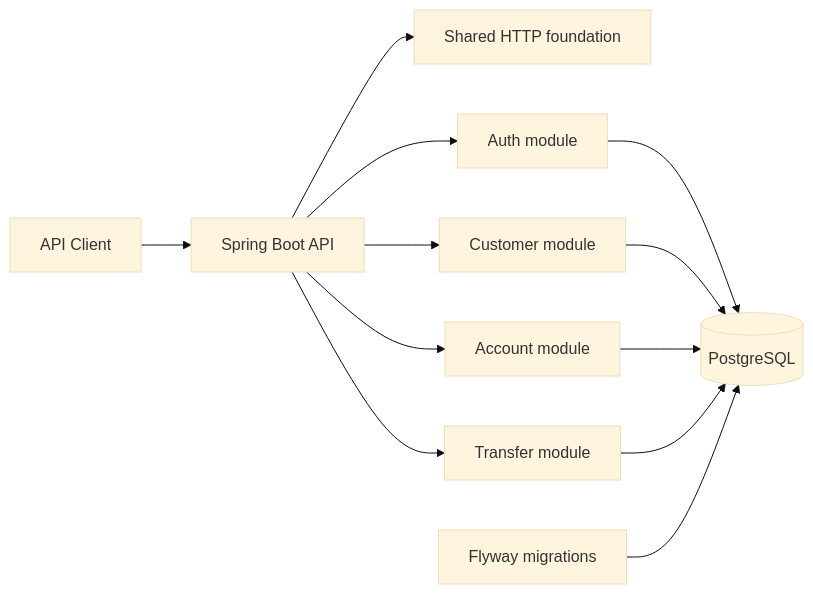
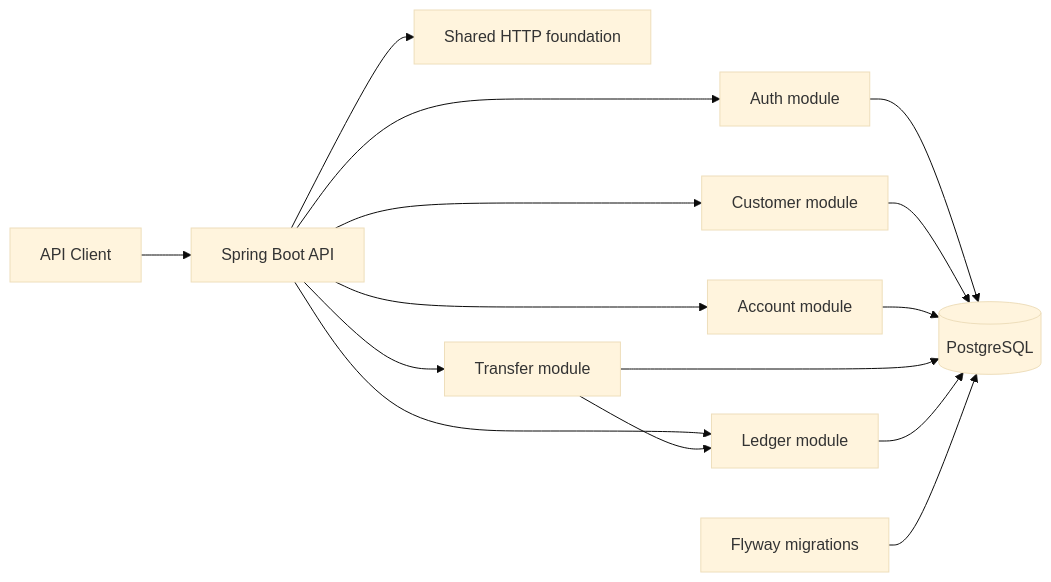
The first of 3 diagrams in README.md (Singatha/bank-forge), drawn with Mermaid (base theme) before and after one commit. The commit also changed other lines of this file and 14 other files, not shown here.

````diff
--- a/README.md
+++ b/README.md
@@ -11,14 +11,17 @@
 ```mermaid
 flowchart LR
     Client[API Client] --> API[Spring Boot API]
     API --> Shared[Shared HTTP foundation]
     API --> Auth[Auth module]
     API --> Customer[Customer module]
     API --> Account[Account module]
     API --> Transfer[Transfer module]
+    API --> Ledger[Ledger module]
+    Transfer --> Ledger
     Auth --> DB[(PostgreSQL)]
     Customer --> DB
     Account --> DB
     Transfer --> DB
+    Ledger --> DB
     Flyway[Flyway migrations] --> DB
 ```
````
